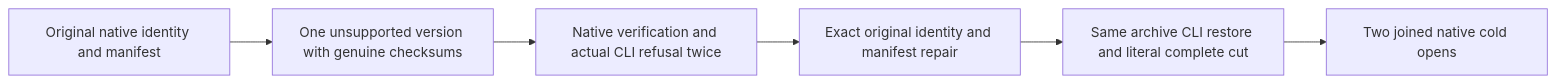
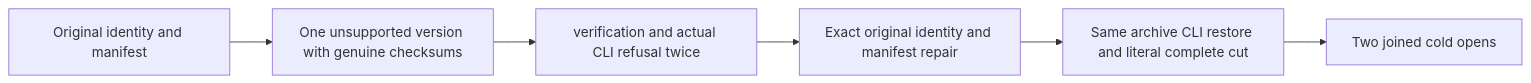
Before and after one commit to managedcode/KeyLoad: the ninth of 13 diagrams in docs/Features/BackupRestore.md, drawn with Mermaid. The commit also changed other lines of this file and 9016 other files, not shown here.

````diff
--- a/docs/Features/BackupRestore.md
+++ b/docs/Features/BackupRestore.md
@@ -310,8 +310,8 @@
 ```mermaid
 flowchart LR
- A[Original native identity and manifest] --> B[One unsupported version with genuine checksums]
- B --> C[Native verification and actual CLI refusal twice]
+ A[Original identity and manifest] --> B[One unsupported version with genuine checksums]
+ B --> C[verification and actual CLI refusal twice]
  C --> D[Exact original identity and manifest repair]
  D --> E[Same archive CLI restore and literal complete cut]
- E --> F[Two joined native cold opens]
+ E --> F[Two joined cold opens]
 ```
````
